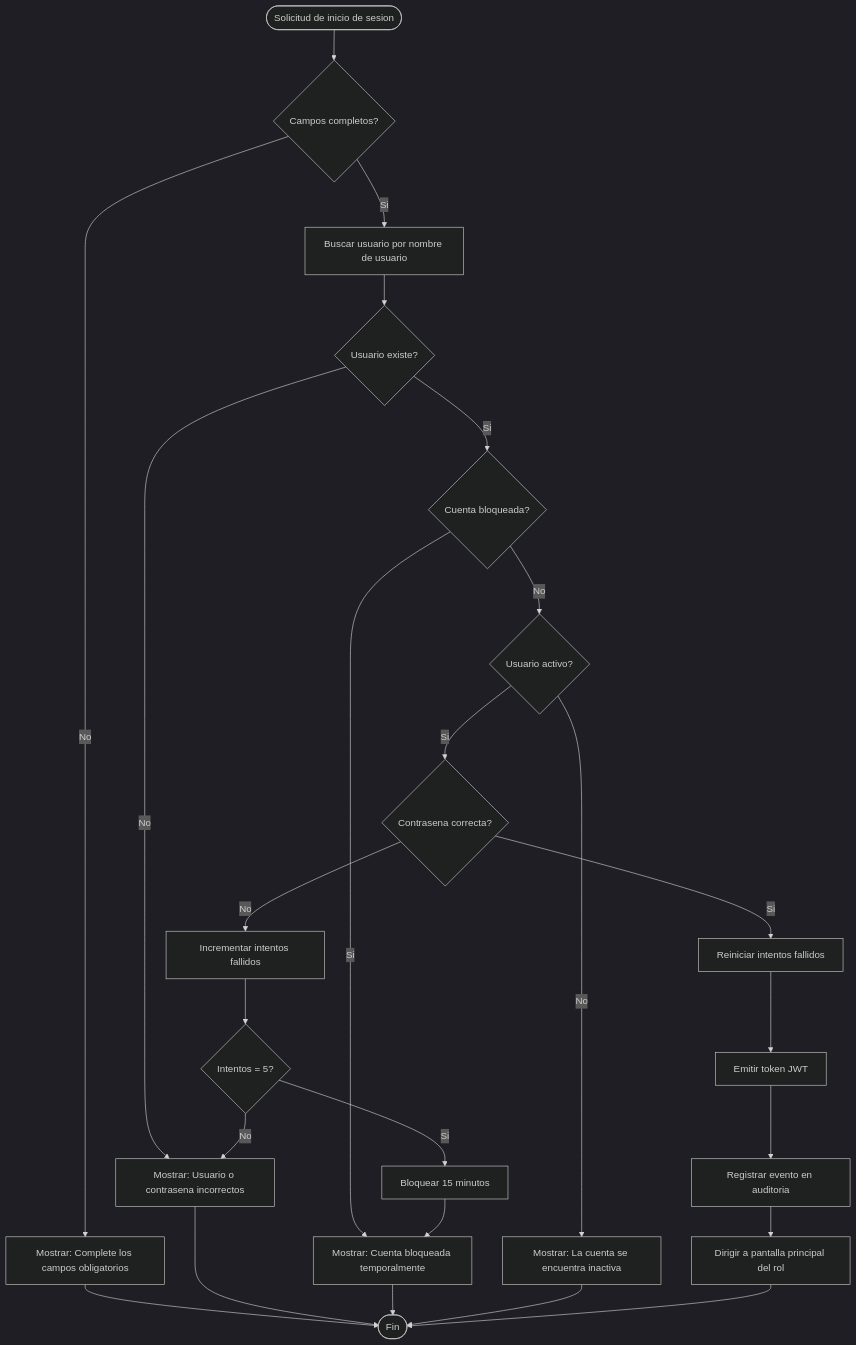
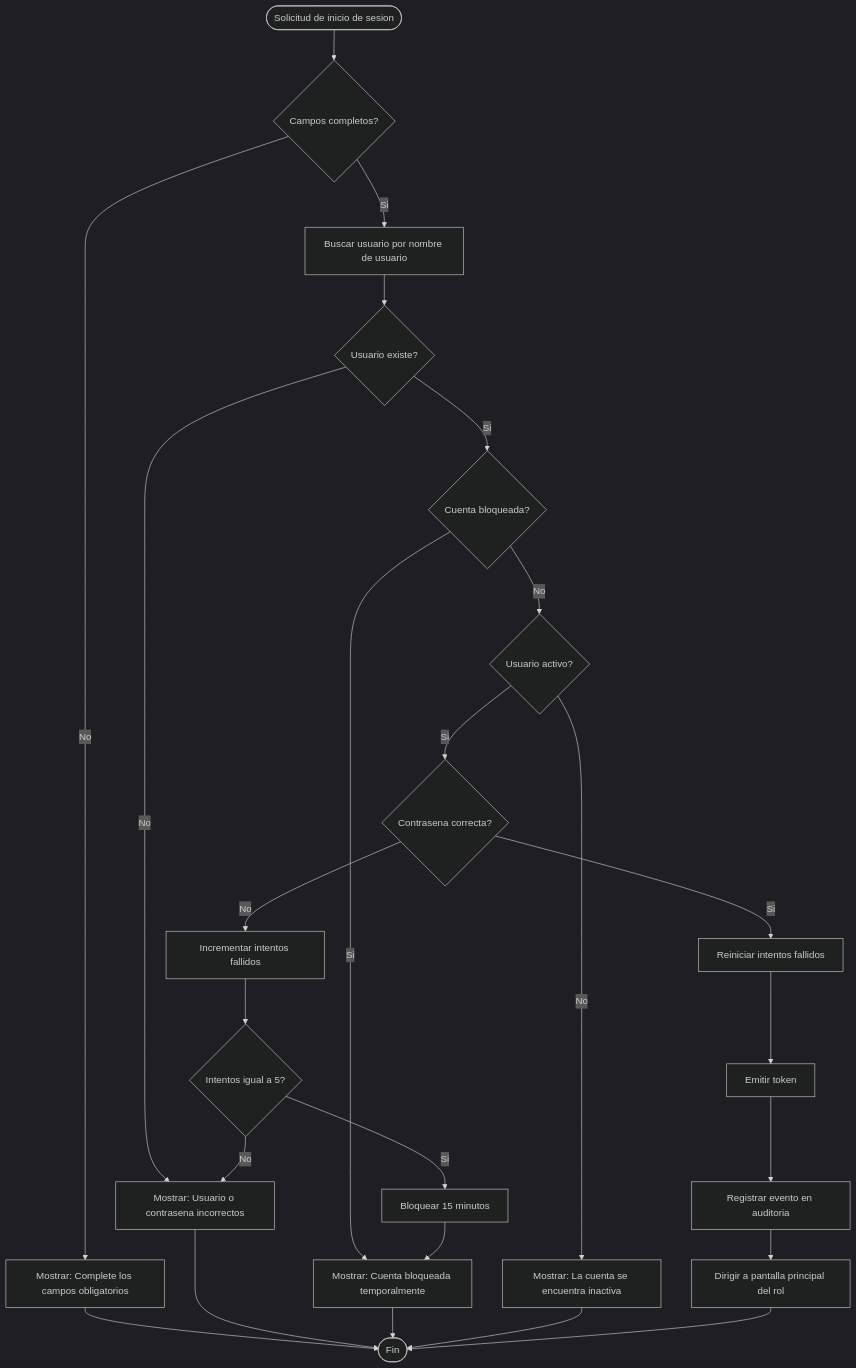
One commit to adlerOmonte1/LogisticaMinera changed the first of 2 diagrams in docs/modulos/M01-autenticacion/diagramas/actividades.md. Above: the diagram before and after it, drawn with Mermaid (dark theme). The commit also changed other lines of this file and 9 other files, not shown here.

````diff
--- a/docs/modulos/M01-autenticacion/diagramas/actividades.md
+++ b/docs/modulos/M01-autenticacion/diagramas/actividades.md
@@ -5,27 +5,27 @@
 ```mermaid
 flowchart TD
     Start([Solicitud de inicio de sesion]) --> V1{Campos completos?}
     V1 -->|No| E1[Mostrar: Complete los campos obligatorios]
     E1 --> Fin([Fin])
     V1 -->|Si| B1[Buscar usuario por nombre de usuario]
     B1 --> V2{Usuario existe?}
     V2 -->|No| E2[Mostrar: Usuario o contrasena incorrectos]
     E2 --> Fin
     V2 -->|Si| V3{Cuenta bloqueada?}
     V3 -->|Si| E3[Mostrar: Cuenta bloqueada temporalmente]
     E3 --> Fin
     V3 -->|No| V4{Usuario activo?}
     V4 -->|No| E4[Mostrar: La cuenta se encuentra inactiva]
     E4 --> Fin
     V4 -->|Si| V5{Contrasena correcta?}
     V5 -->|No| I1[Incrementar intentos fallidos]
-    I1 --> V6{Intentos = 5?}
+    I1 --> V6{Intentos igual a 5?}
     V6 -->|Si| B2[Bloquear 15 minutos]
     B2 --> E3
     V6 -->|No| E2
     V5 -->|Si| R1[Reiniciar intentos fallidos]
-    R1 --> T1[Emitir token JWT]
+    R1 --> T1[Emitir token]
     T1 --> A1[Registrar evento en auditoria]
     A1 --> D1[Dirigir a pantalla principal del rol]
     D1 --> Fin
 ```
````
